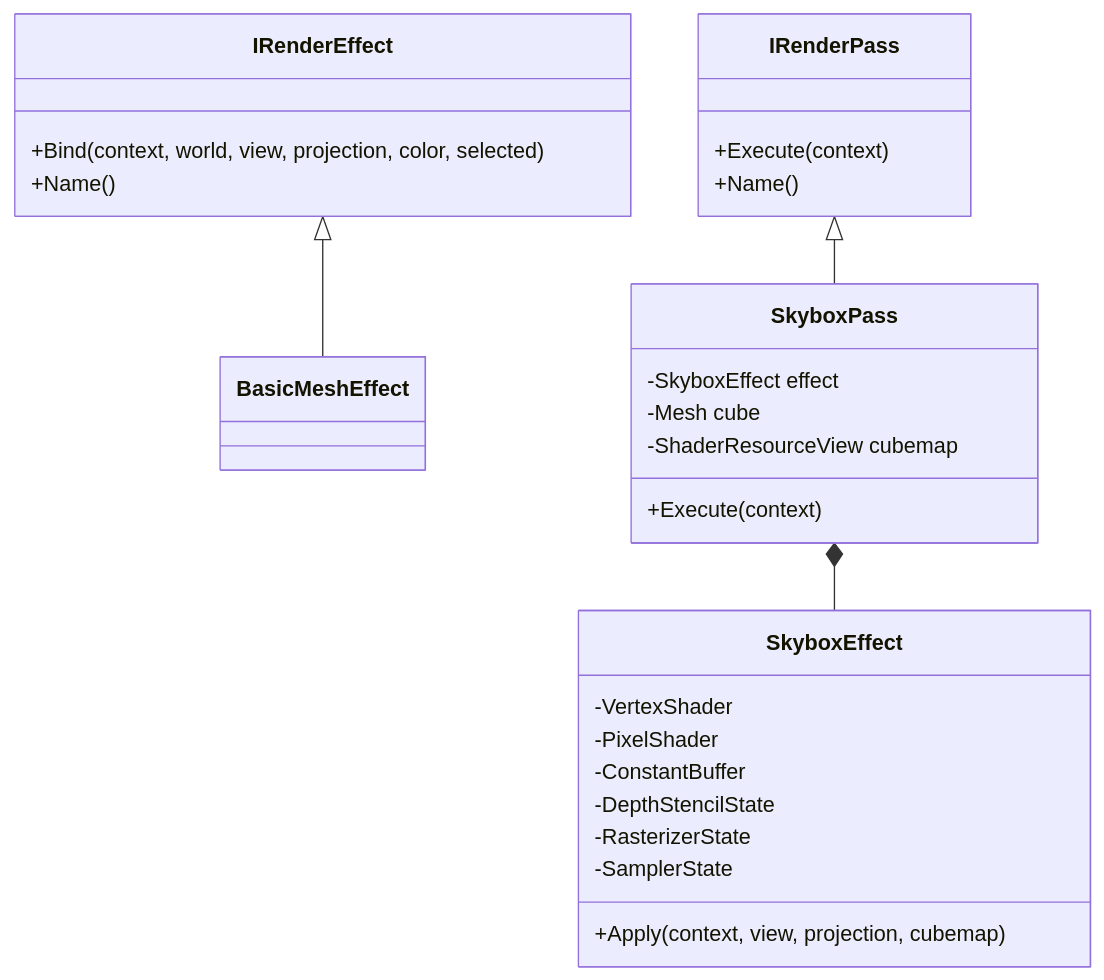
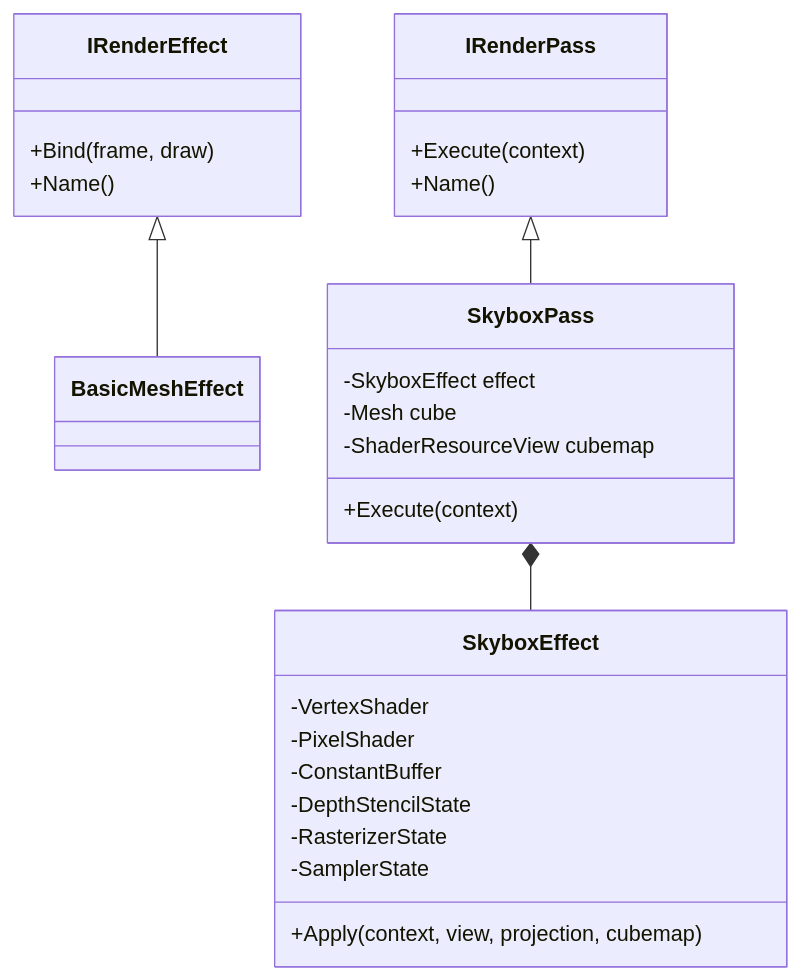
One commit to ELPSYKONGR/LRenderDemo changed the first of 3 diagrams in docs/examples/skybox-pass.md. Above: the diagram before and after it, drawn with Mermaid. The commit also changed other lines of this file and 13 other files, not shown here.

````diff
--- a/docs/examples/skybox-pass.md
+++ b/docs/examples/skybox-pass.md
@@ -65,31 +60,31 @@
 ```mermaid
 classDiagram
     class IRenderEffect {
-        +Bind(context, world, view, projection, color, selected)
+        +Bind(frame, draw)
         +Name()
     }
     class BasicMeshEffect
     class IRenderPass {
         +Execute(context)
         +Name()
     }
     class SkyboxPass {
         -SkyboxEffect effect
         -Mesh cube
         -ShaderResourceView cubemap
         +Execute(context)
     }
     class SkyboxEffect {
         -VertexShader
         -PixelShader
         -ConstantBuffer
         -DepthStencilState
         -RasterizerState
         -SamplerState
         +Apply(context, view, projection, cubemap)
     }
 
     IRenderEffect <|-- BasicMeshEffect
     IRenderPass <|-- SkyboxPass
     SkyboxPass *-- SkyboxEffect
 ```
````
